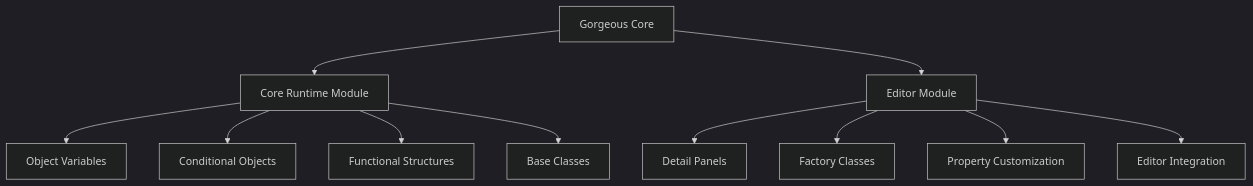
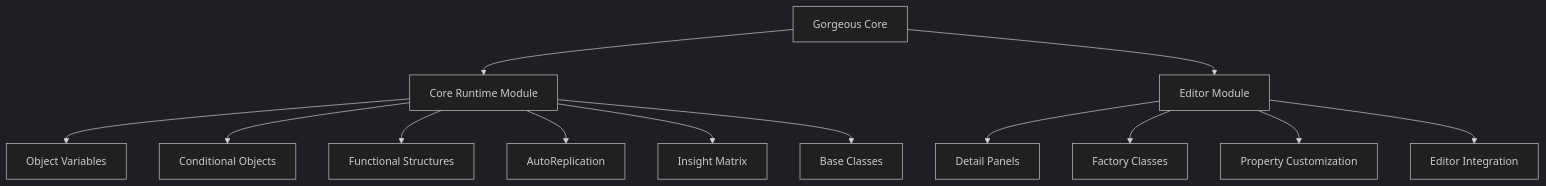
Before and after one commit to Epic-Nova/Gorgeous-Core: the first of 11 diagrams in GT-Core-Docs/docs/GorgeousCore/GT-C-Technical.md, drawn with Mermaid (dark theme). The commit also changed other lines of this file and 57 other files, not shown here.

````diff
--- a/GT-Core-Docs/docs/GorgeousCore/GT-C-Technical.md
+++ b/GT-Core-Docs/docs/GorgeousCore/GT-C-Technical.md
@@ -16,15 +16,17 @@
 ```mermaid
 graph TD
     A[Gorgeous Core] --> B[Core Runtime Module]
     A --> D[Editor Module]
     
     B --> B1[Object Variables]
     B --> B2[Conditional Objects]
     B --> B3[Functional Structures]
-    B --> B4[Base Classes]
+    B --> B4[AutoReplication]
+    B --> B5[Insight Matrix]
+    B --> B6[Base Classes]
     
     D --> D1[Detail Panels]
     D --> D2[Factory Classes]
     D --> D3[Property Customization]
     D --> D4[Editor Integration]
 ```
````
